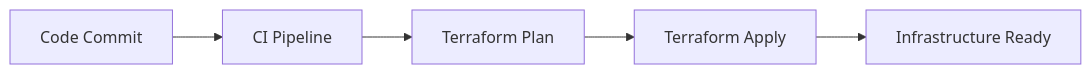
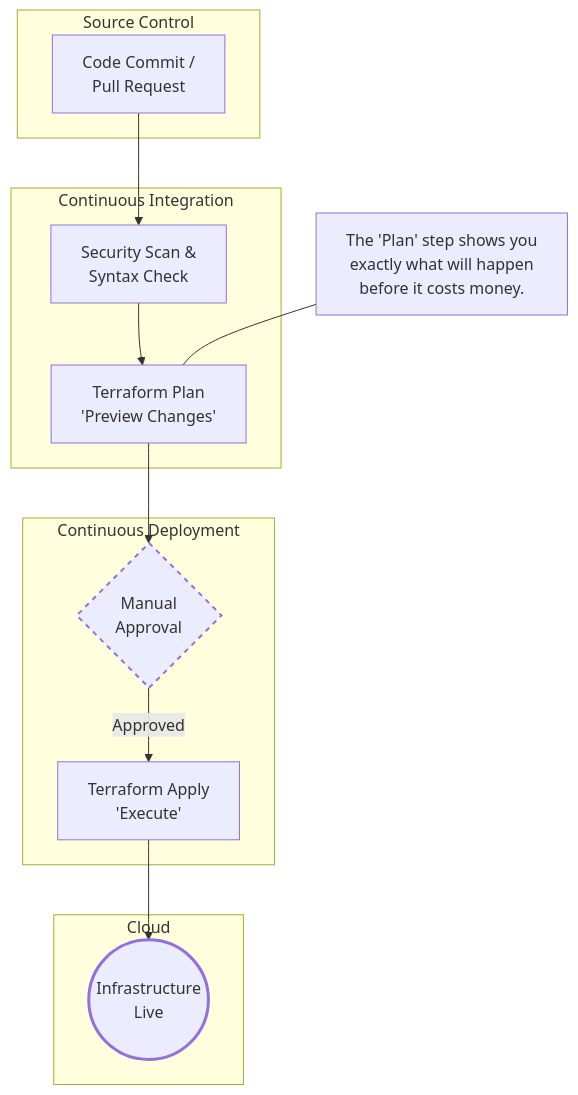
The fourth of 4 diagrams in 01-Terrform_Intro/01.01-IaC_Funda.md (arira-ai/ar_terraform), drawn with Mermaid before and after one commit. The commit also changed other lines of this file, not shown here.

````diff
--- a/01-Terrform_Intro/01.01-IaC_Funda.md
+++ b/01-Terrform_Intro/01.01-IaC_Funda.md
@@ -260,7 +356,34 @@
 ```mermaid
-flowchart LR
-A[Code Commit] --> B[CI Pipeline]
-B --> C[Terraform Plan]
-C --> D[Terraform Apply]
-D --> E[Infrastructure Ready]
+flowchart TD
+    subgraph SCM [Source Control]
+        A[Code Commit / <br/> Pull Request]
+    end
+
+    subgraph CI [Continuous Integration]
+        B[Security Scan & <br/> Syntax Check]
+        C[Terraform Plan <br/> 'Preview Changes']
+    end
+
+    subgraph CD [Continuous Deployment]
+        Gate{Manual <br/> Approval}
+        D[Terraform Apply <br/> 'Execute']
+    end
+
+    subgraph Target [Cloud]
+        E((Infrastructure <br/> Live))
+    end
+
+    %% Flow
+    A --> B
+    B --> C
+    C --> Gate
+    Gate -- "Approved" --> D
+    D --> E
+
+    %% Note for Students
+    Note1["The 'Plan' step shows you <br/> exactly what will happen <br/> before it costs money."]
+    Note1 --- C
+
+    style Gate stroke-width:2px,stroke-dasharray: 5 5
+    style E stroke-width:3px
 ```
````
